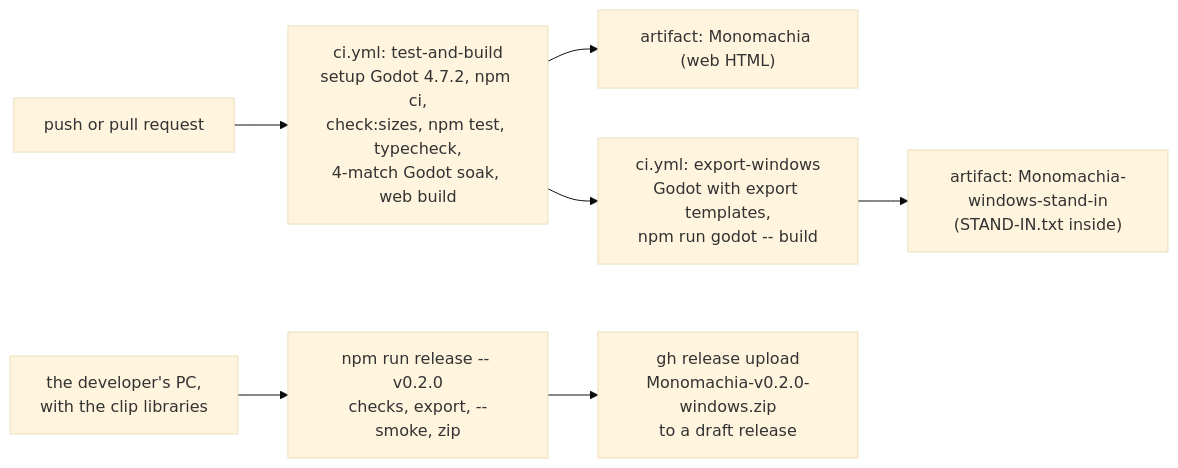
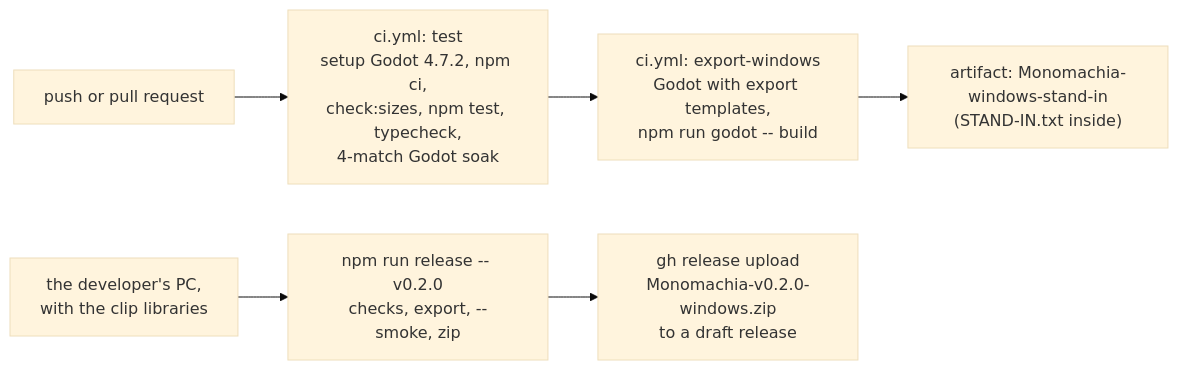
One commit to Arod231/monomachia changed diagram 21 of 22 in docs/architecture.md. Above: the diagram before and after it, drawn with Mermaid (base theme). The commit also changed other lines of this file and 130 other files, not shown here.

````diff
--- a/docs/architecture.md
+++ b/docs/architecture.md
@@ -986,9 +965,8 @@
 ```mermaid
 flowchart LR
-    PUSH["push or pull request"] --> CI1["ci.yml: test-and-build<br/>setup Godot 4.7.2, npm ci,<br/>check:sizes, npm test, typecheck,<br/>4-match Godot soak, web build"]
-    CI1 --> ART1["artifact: Monomachia (web HTML)"]
+    PUSH["push or pull request"] --> CI1["ci.yml: test<br/>setup Godot 4.7.2, npm ci,<br/>check:sizes, npm test, typecheck,<br/>4-match Godot soak"]
     CI1 --> CI2["ci.yml: export-windows<br/>Godot with export templates,<br/>npm run godot -- build"]
     CI2 --> ART2["artifact: Monomachia-windows-stand-in<br/>(STAND-IN.txt inside)"]
     PC["the developer's PC,<br/>with the clip libraries"] --> R1["npm run release -- v0.2.0<br/>checks, export, --smoke, zip"]
     R1 --> R2["gh release upload<br/>Monomachia-v0.2.0-windows.zip<br/>to a draft release"]
 ```
````
